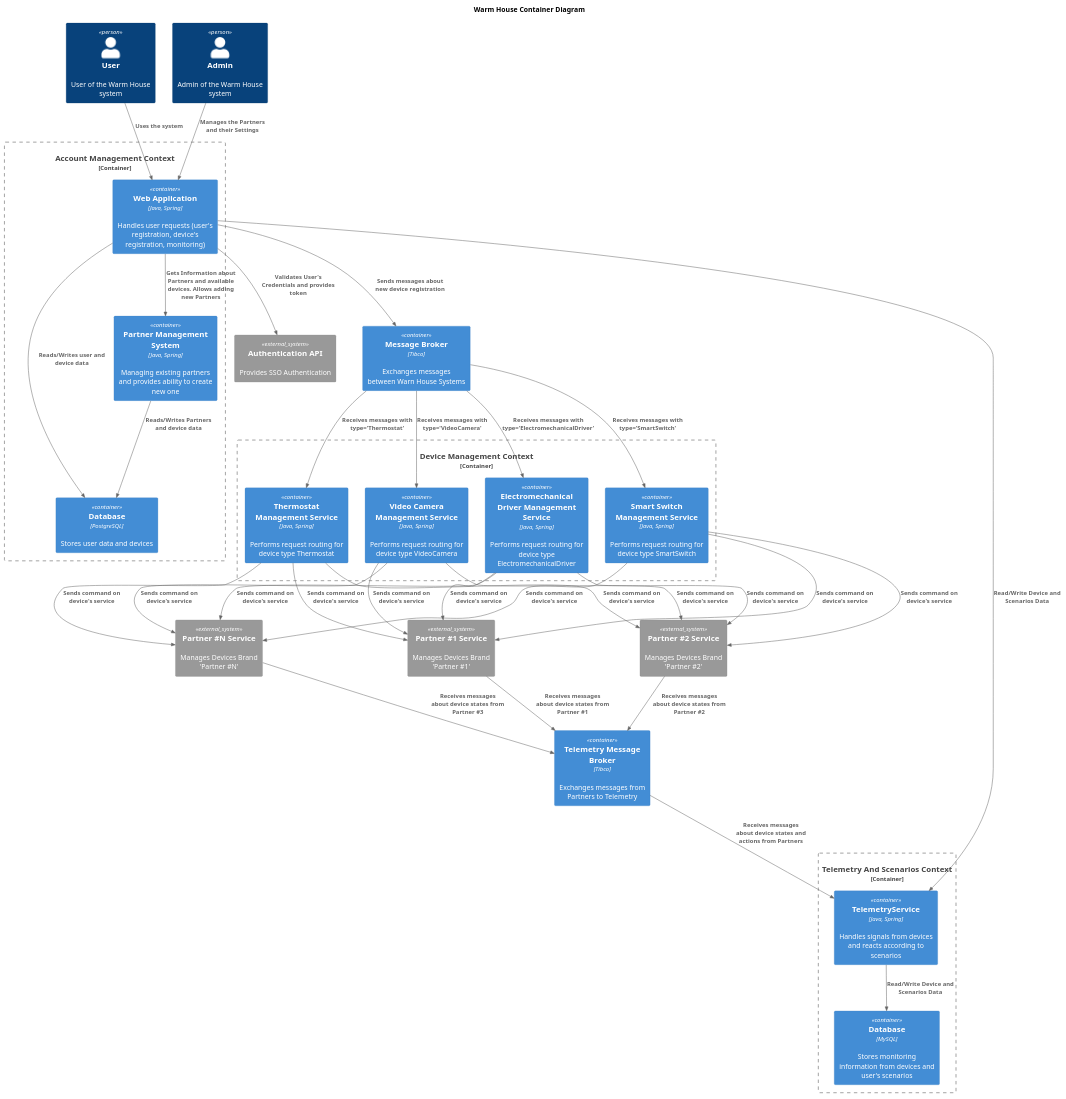
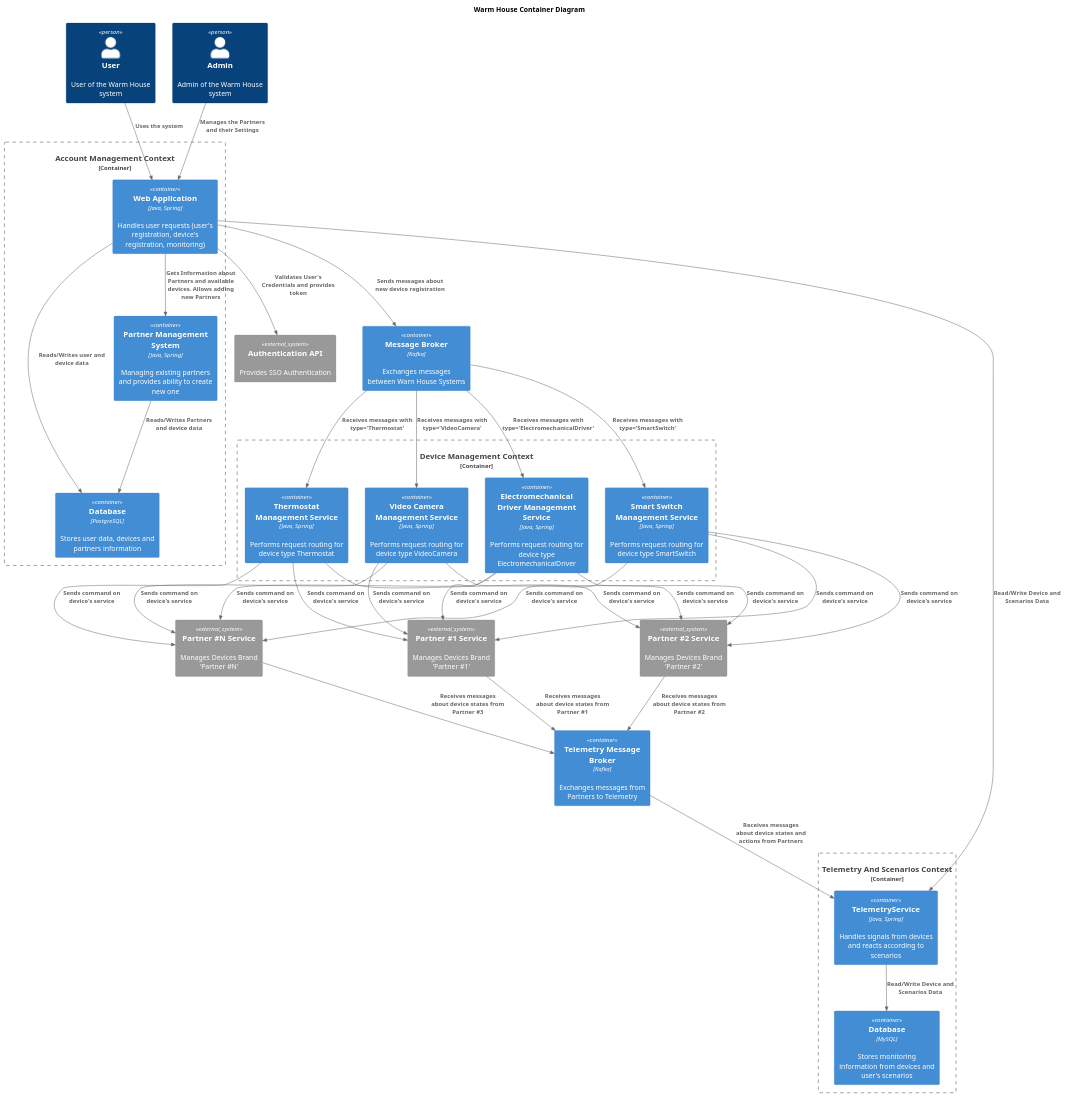
One commit to evsi92/practicum-sprint-1 changed the diagram in docs/Task2_Container.puml. Above: the diagram before and after it, drawn with PlantUML. The commit also changed 4 other files, not shown here.

```diff
--- a/docs/Task2_Container.puml
+++ b/docs/Task2_Container.puml
@@ -1,78 +1,78 @@
 @startuml
 title Warm House Container Diagram
 
 top to bottom direction
 
 !includeurl https://raw.githubusercontent.com/RicardoNiepel/C4-PlantUML/master/C4_Component.puml
 
 Person(user, "User", "User of the Warm House system")
 Person(admin, "Admin", "Admin of the Warm House system")
 
-Container(MessageBroker, "Message Broker", "Tibco", "Exchanges messages between Warn House Systems")
+Container(MessageBroker, "Message Broker", "Kafka", "Exchanges messages between Warn House Systems")
 
 Container_Boundary(AccountManagementContext, "Account Management Context") {
   Container(WebApp, "Web Application", "Java, Spring", "Handles user requests (user's registration, device's registration, monitoring)")
-  Container(AccountManagementDatabase, "Database", "PostgreSQL", "Stores user data and devices")
+  Container(AccountManagementDatabase, "Database", "PostgreSQL", "Stores user data, devices and partners information")
   Container(PartnerManagement, "Partner Management System", "Java, Spring", "Managing existing partners and provides ability to create new one")
 }
 
 System_Ext(externalAuthApi, "Authentication API", "Provides SSO Authentication")
 
 Rel(user, WebApp, "Uses the system")
 Rel(admin, WebApp,"Manages the Partners and their Settings")
 
 Rel(WebApp,AccountManagementDatabase,"Reads/Writes user and device data")
 Rel(WebApp,externalAuthApi,"Validates User's Credentials and provides token")
 Rel(WebApp, MessageBroker,"Sends messages about new device registration")
 Rel(WebApp, PartnerManagement, "Gets Information about Partners and available devices. Allows adding new Partners")
 Rel(PartnerManagement,AccountManagementDatabase,"Reads/Writes Partners and device data")
 
 
 
 Container_Boundary(TelemetryAndScenariosContext, "Telemetry And Scenarios Context") {
   Container(TelemetryService, "TelemetryService", "Java, Spring", "Handles signals from devices and reacts according to scenarios")
   Container(TelemetryAndScenariosDatabase, "Database", "MySQL", "Stores monitoring information from devices and user's scenarios")
 }
 Rel(TelemetryService, TelemetryAndScenariosDatabase, "Read/Write Device and Scenarios Data")
 Rel(WebApp, TelemetryService, "Read/Write Device and Scenarios Data")
 
-Container(TelemetryMessageBroker, "Telemetry Message Broker", "Tibco", "Exchanges messages from Partners to Telemetry")
+Container(TelemetryMessageBroker, "Telemetry Message Broker", "Kafka", "Exchanges messages from Partners to Telemetry")
 Rel(TelemetryMessageBroker, TelemetryService, "Receives messages about device states and actions from Partners")
 
 Container_Boundary(DeviceManagement, "Device Management Context") {
   Container(ThermostatManagementService, "Thermostat Management Service", "Java, Spring", "Performs request routing for device type Thermostat")
   Container(VideoCameraManagementService, "Video Camera Management Service", "Java, Spring", "Performs request routing for device type VideoCamera")
   Container(ElectromechanicalDriverManagementService, "Electromechanical Driver Management Service", "Java, Spring", "Performs request routing for device type ElectromechanicalDriver")
   Container(SmartSwitchManagementService, "Smart Switch Management Service", "Java, Spring", "Performs request routing for device type SmartSwitch")
 }
 
 
 System_Ext(ExternalPartnerService1, "Partner #1 Service", "Manages Devices Brand 'Partner #1'")
 System_Ext(ExternalPartnerService2, "Partner #2 Service", "Manages Devices Brand 'Partner #2'")
 System_Ext(ExternalPartnerServiceN, "Partner #N Service", "Manages Devices Brand 'Partner #N'")
 
 Rel(ExternalPartnerService1, TelemetryMessageBroker, "Receives messages about device states from Partner #1")
 Rel(ExternalPartnerService2, TelemetryMessageBroker, "Receives messages about device states from Partner #2")
 Rel(ExternalPartnerServiceN, TelemetryMessageBroker, "Receives messages about device states from Partner #3")
 
 Rel(MessageBroker, ThermostatManagementService, "Receives messages with type='Thermostat'")
 Rel(MessageBroker, VideoCameraManagementService, "Receives messages with type='VideoCamera'")
 Rel(MessageBroker, ElectromechanicalDriverManagementService, "Receives messages with type='ElectromechanicalDriver'")
 Rel(MessageBroker, SmartSwitchManagementService, "Receives messages with type='SmartSwitch'")
 
 Rel(ThermostatManagementService, ExternalPartnerService1, "Sends command on device's service")
 Rel(ThermostatManagementService, ExternalPartnerService2, "Sends command on device's service")
 Rel(ThermostatManagementService, ExternalPartnerServiceN, "Sends command on device's service")
 
 Rel(VideoCameraManagementService, ExternalPartnerService1, "Sends command on device's service")
 Rel(VideoCameraManagementService, ExternalPartnerService2, "Sends command on device's service")
 Rel(VideoCameraManagementService, ExternalPartnerServiceN, "Sends command on device's service")
 
 Rel(ElectromechanicalDriverManagementService, ExternalPartnerService1, "Sends command on device's service")
 Rel(ElectromechanicalDriverManagementService, ExternalPartnerService2, "Sends command on device's service")
 Rel(ElectromechanicalDriverManagementService, ExternalPartnerServiceN, "Sends command on device's service")
 
 Rel(SmartSwitchManagementService, ExternalPartnerService1, "Sends command on device's service")
 Rel(SmartSwitchManagementService, ExternalPartnerService2, "Sends command on device's service")
 Rel(SmartSwitchManagementService, ExternalPartnerServiceN, "Sends command on device's service")
 @enduml
```
